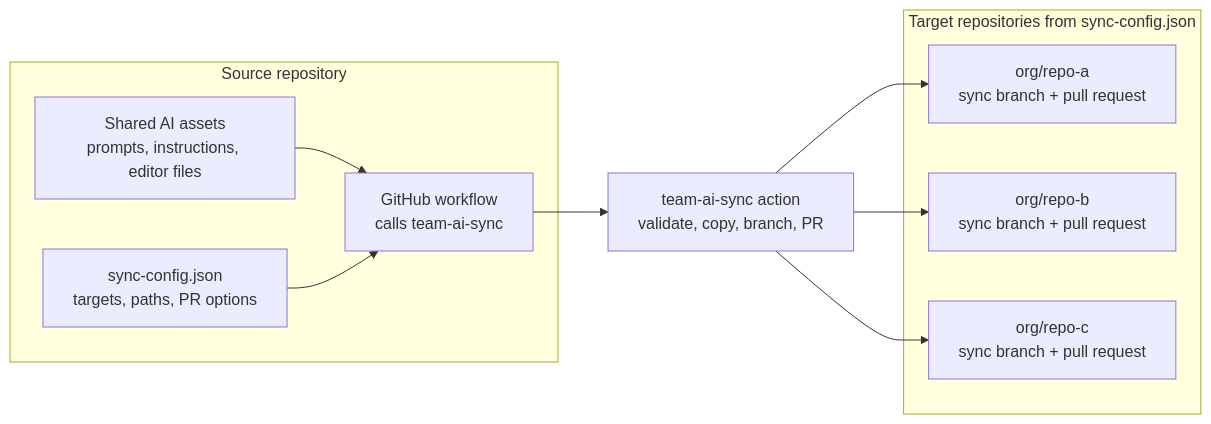
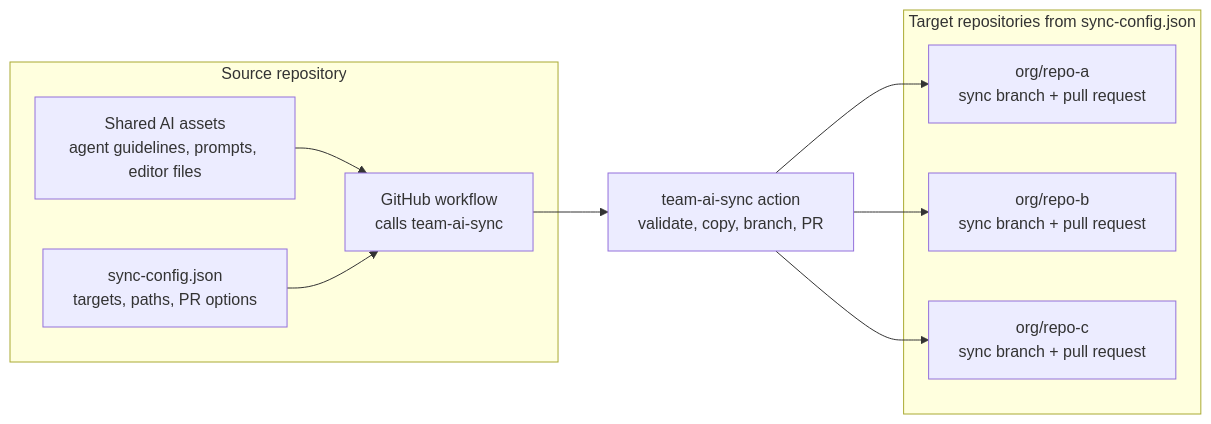
The diagram in README.md (actions-marketplace-validations/paladini_team-ai-sync), drawn with Mermaid before and after one commit. The commit also changed other lines of this file, not shown here.

Commit message:
docs: mention common shared AI asset files

````diff
--- a/README.md
+++ b/README.md
@@ -17,23 +21,23 @@
 ```mermaid
 graph LR
     subgraph sourceRepo["Source repository"]
-        assets["Shared AI assets<br/>prompts, instructions, editor files"]
+        assets["Shared AI assets<br/>agent guidelines, prompts, editor files"]
         config["sync-config.json<br/>targets, paths, PR options"]
         workflow["GitHub workflow<br/>calls team-ai-sync"]
     end
 
     action["team-ai-sync action<br/>validate, copy, branch, PR"]
 
     subgraph targetRepos["Target repositories from sync-config.json"]
         repoA["org/repo-a<br/>sync branch + pull request"]
         repoB["org/repo-b<br/>sync branch + pull request"]
         repoC["org/repo-c<br/>sync branch + pull request"]
     end
 
     assets --> workflow
     config --> workflow
     workflow --> action
     action --> repoA
     action --> repoB
     action --> repoC
 ```
````
